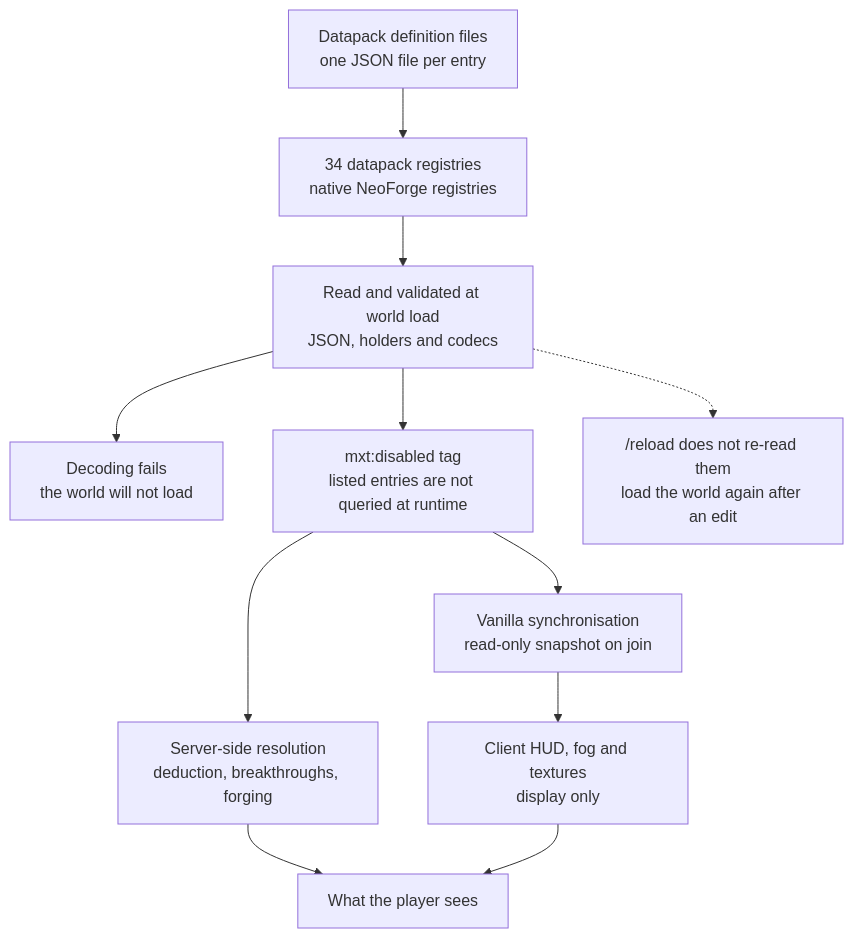
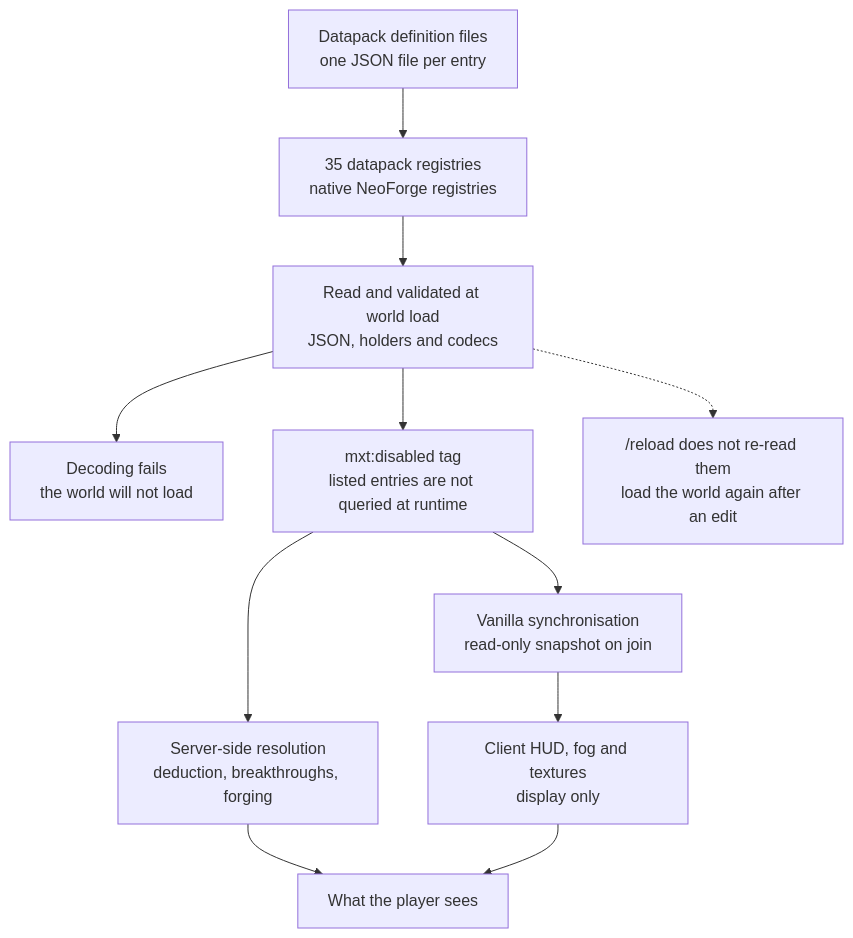
Before and after one commit to IAFEnvoy/mxt-docs: the diagram in docs/en/datapack/overview.md, drawn with Mermaid. The commit also changed other lines of this file and 180 other files, not shown here.

````diff
--- a/docs/en/datapack/overview.md
+++ b/docs/en/datapack/overview.md
@@ -62,13 +79,13 @@
 ```mermaid
 flowchart TD
-    A["Datapack definition files<br/>one JSON file per entry"] --> B["34 datapack registries<br/>native NeoForge registries"]
+    A["Datapack definition files<br/>one JSON file per entry"] --> B["35 datapack registries<br/>native NeoForge registries"]
     B --> C["Read and validated at world load<br/>JSON, holders and codecs"]
     C --> D["Decoding fails<br/>the world will not load"]
     C --> E["mxt:disabled tag<br/>listed entries are not queried at runtime"]
     E --> F["Vanilla synchronisation<br/>read-only snapshot on join"]
     E --> G["Server-side resolution<br/>deduction, breakthroughs, forging"]
     F --> H["Client HUD, fog and textures<br/>display only"]
     G --> I["What the player sees"]
     H --> I
     C -.-> J["/reload does not re-read them<br/>load the world again after an edit"]
 ```
````
